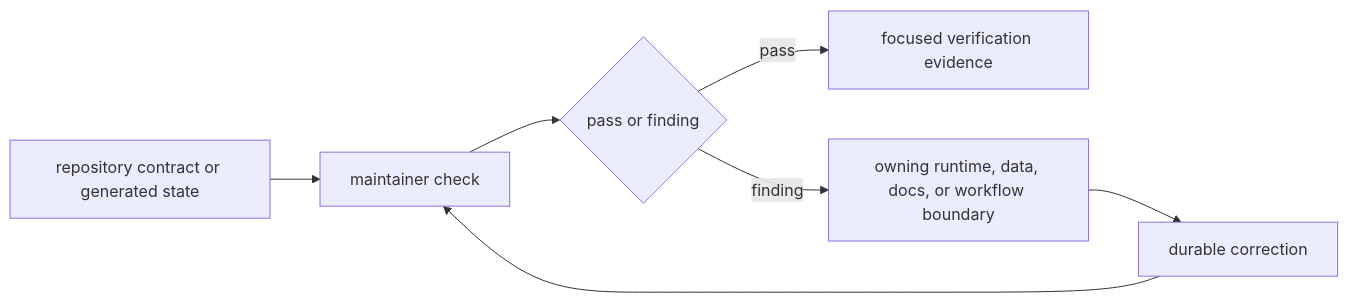
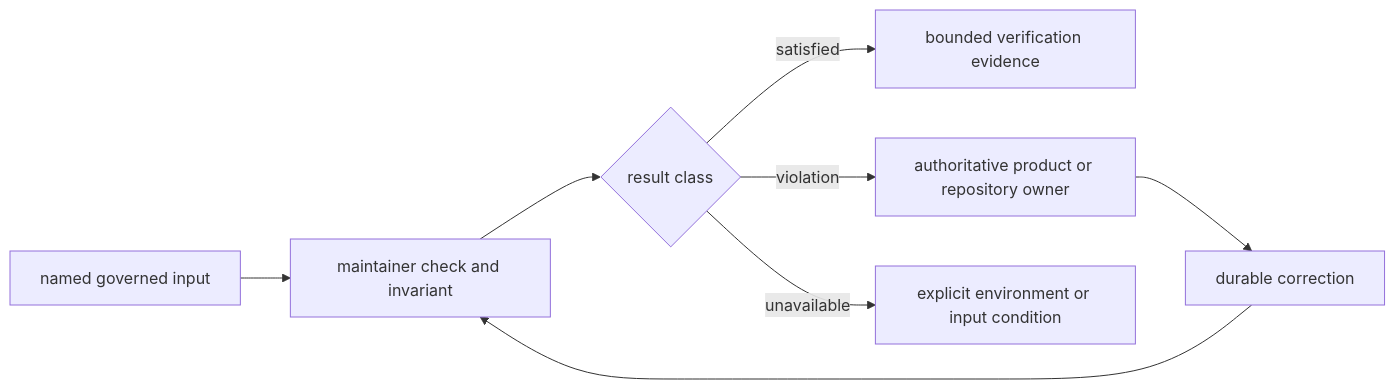
Before and after one commit to bijux/bijux-pollenomics: the diagram in packages/bijux-pollenomics-dev/README.md, drawn with Mermaid. The commit also changed other lines of this file and 2 other files, not shown here.

Commit message:
docs(packages): sharpen runtime alias and maintainer boundaries

````diff
--- a/packages/bijux-pollenomics-dev/README.md
+++ b/packages/bijux-pollenomics-dev/README.md
@@ -119,9 +57,10 @@
 ```mermaid
 flowchart LR
-    Governed["repository contract or generated state"] --> Check["maintainer check"]
-    Check --> Outcome{"pass or finding"}
-    Outcome -->|pass| Proof["focused verification evidence"]
-    Outcome -->|finding| ProductOwner["owning runtime, data, docs, or workflow boundary"]
-    ProductOwner --> Correction["durable correction"]
+    Input["named governed input"] --> Check["maintainer check and invariant"]
+    Check --> Outcome{"result class"}
+    Outcome -->|satisfied| Evidence["bounded verification evidence"]
+    Outcome -->|violation| Owner["authoritative product or repository owner"]
+    Outcome -->|unavailable| Rerun["explicit environment or input condition"]
+    Owner --> Correction["durable correction"]
     Correction --> Check
 ```
````
